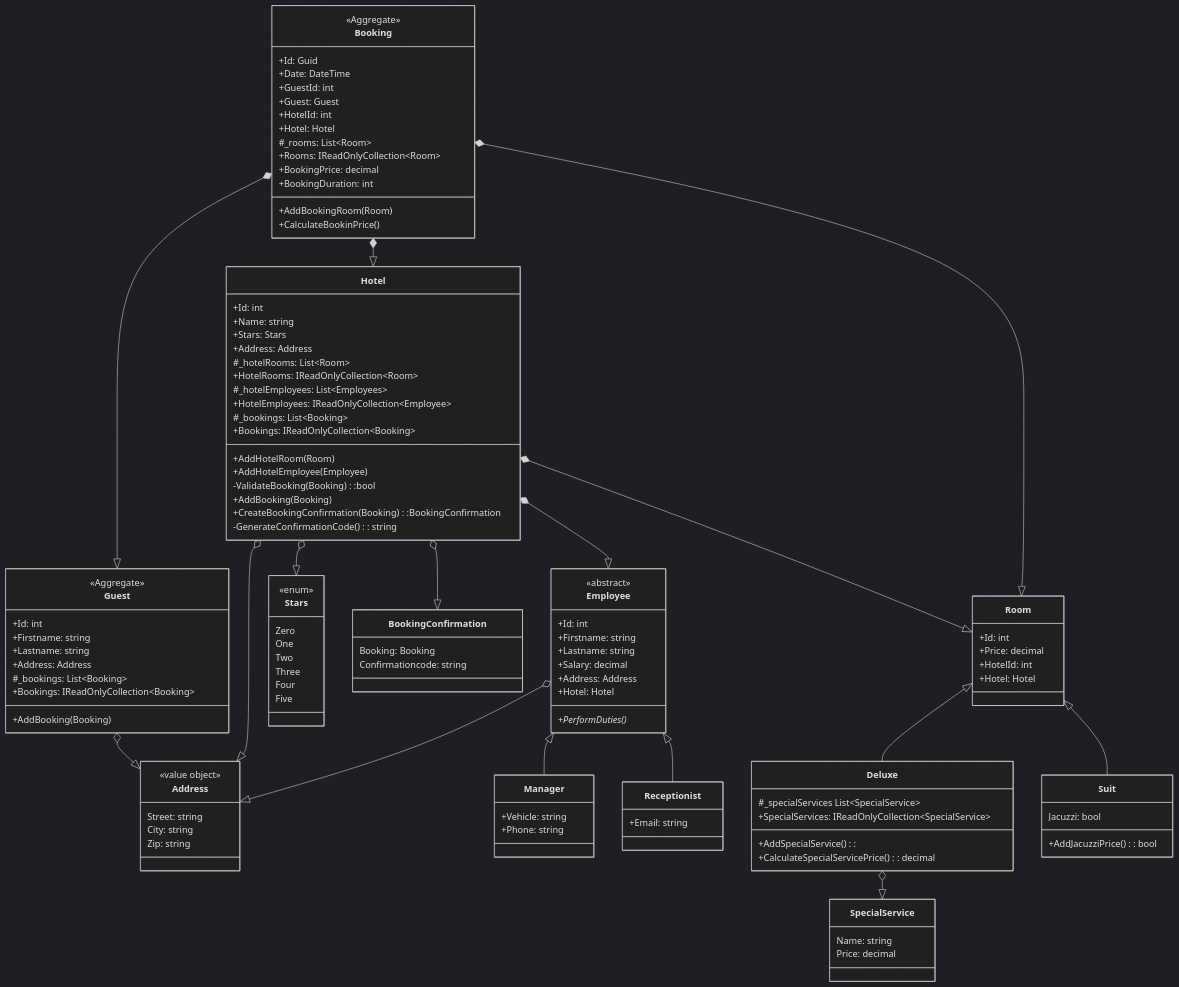
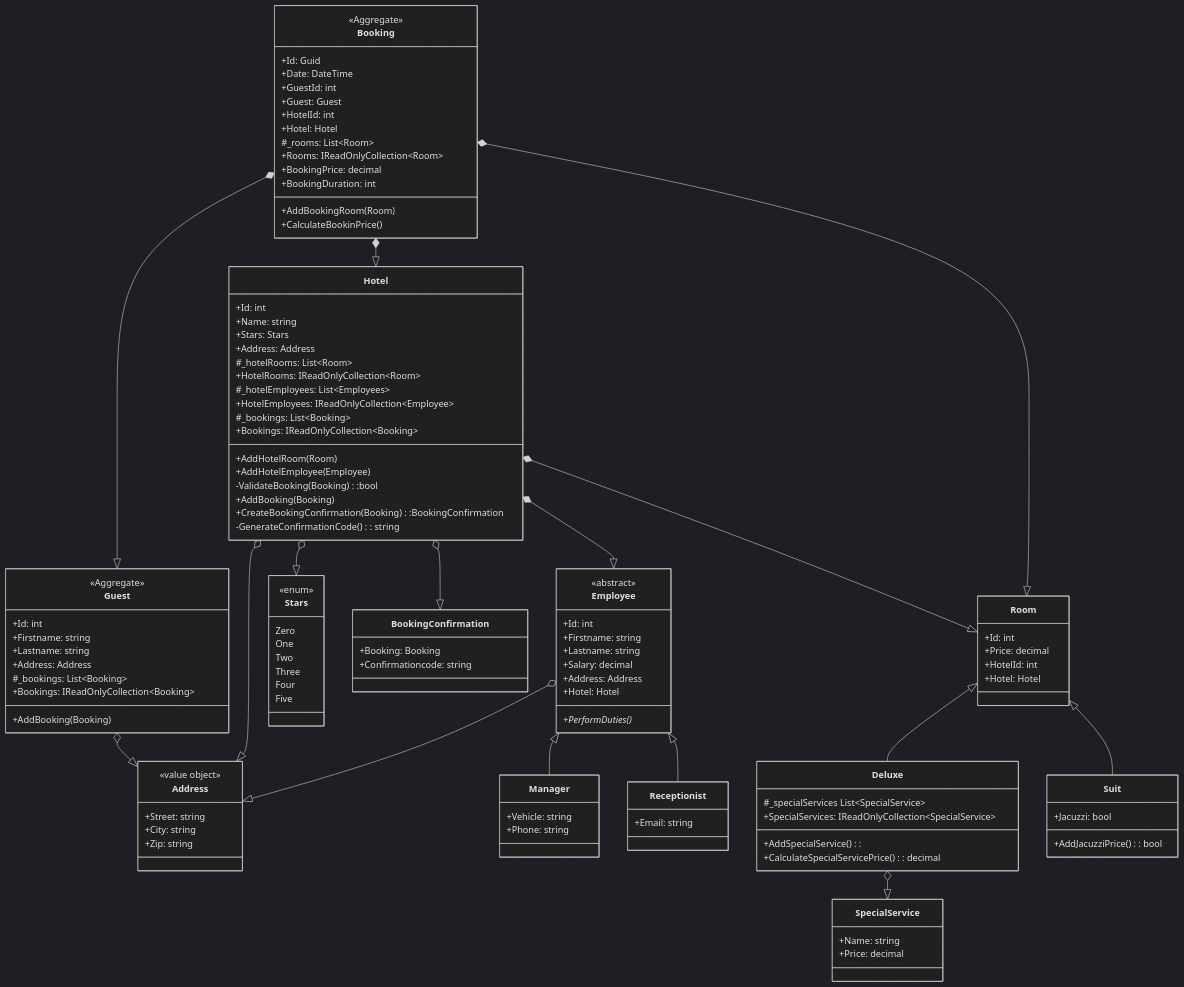
Before and after one commit to MiroAtDavid/rdmPOS: the diagram in HotelBooking/ClassDiagramm.md, drawn with Mermaid (dark theme). The commit also changed 10 other files, not shown here.

```diff
--- a/HotelBooking/ClassDiagramm.md
+++ b/HotelBooking/ClassDiagramm.md
@@ -21,9 +21,9 @@
 
     class Address {
         <<value object>>
-        Street: string
-        City: string
-        Zip: string
+        +Street: string
+        +City: string
+        +Zip: string
     }
 
     class Booking {
@@ -117,20 +117,20 @@
     }
 
     class Suit {
-        Jacuzzi: bool
+        +Jacuzzi: bool
         +AddJacuzziPrice(): bool
 
     }
 
     class BookingConfirmation {
-        Booking: Booking
-        Confirmationcode: string
+        +Booking: Booking
+        +Confirmationcode: string
     }
 
 
     class SpecialService {
-        Name: string
-        Price: decimal
+        +Name: string
+        +Price: decimal
     }
 
 
```
